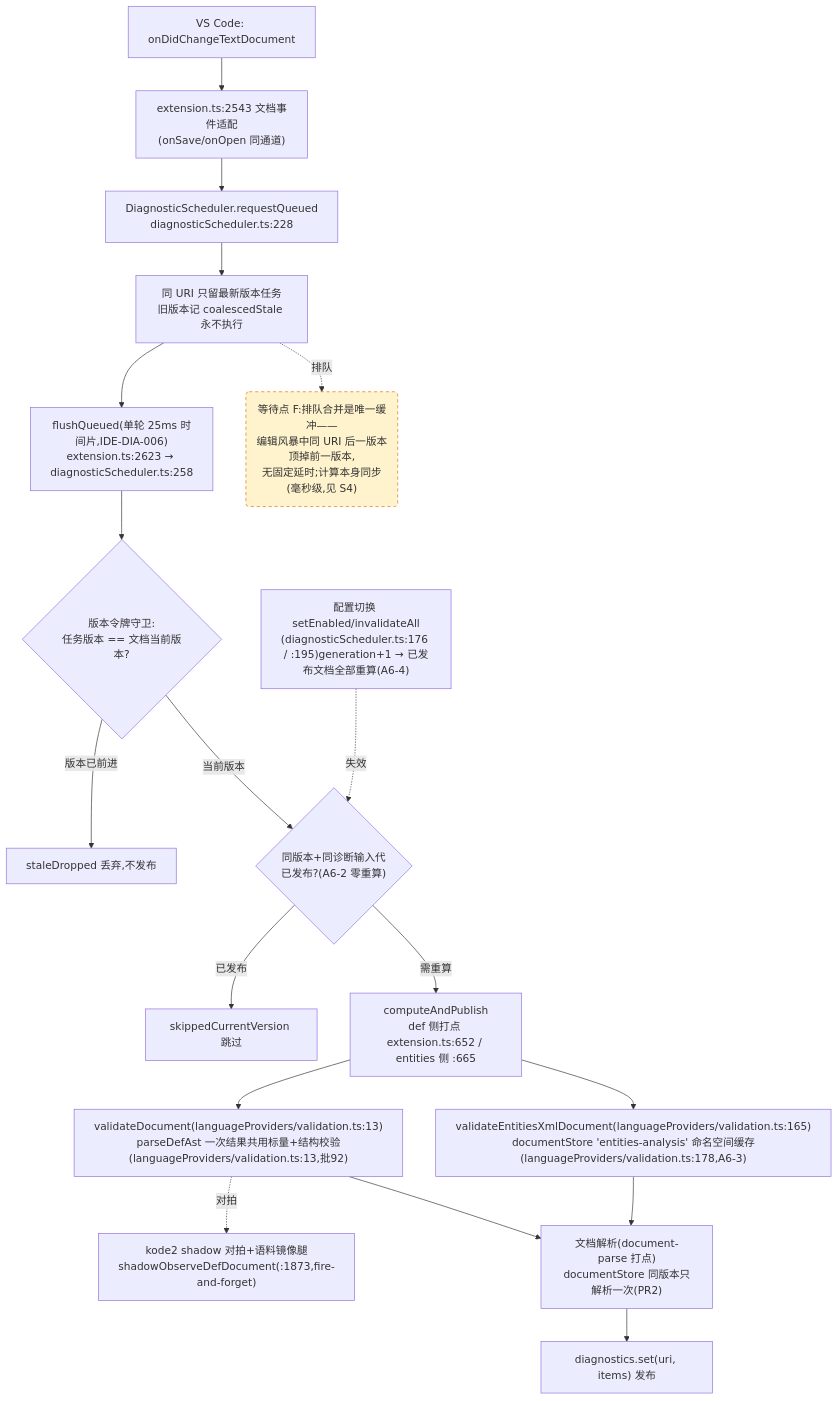
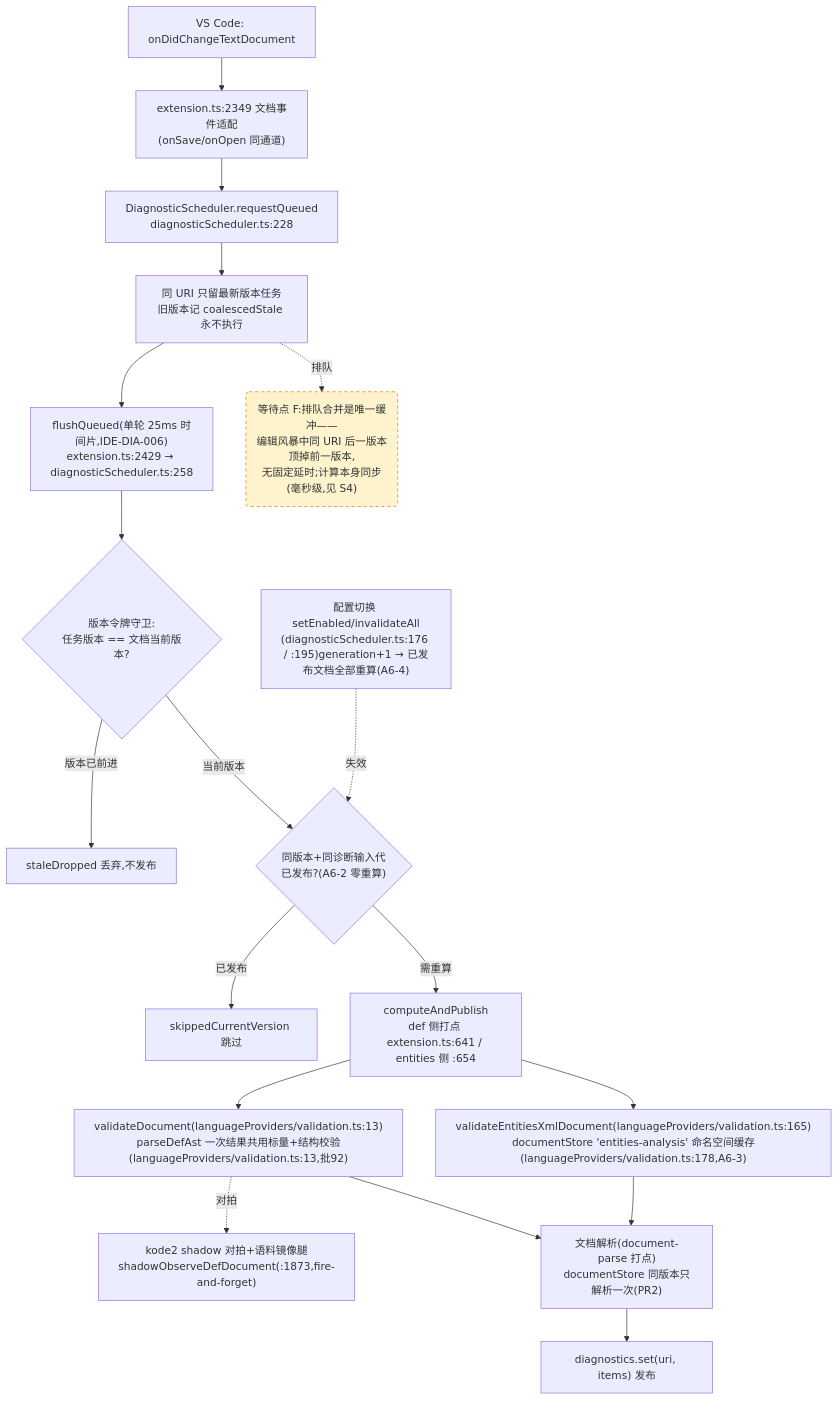
Before and after one commit to cuihairu/kode: the fourth of 4 diagrams in docs/perf/2026-baseline.md, drawn with Mermaid. The commit also changed other lines of this file and 43 other files, not shown here.

````diff
--- a/docs/perf/2026-baseline.md
+++ b/docs/perf/2026-baseline.md
@@ -214,38 +214,38 @@
 ```mermaid
 flowchart TD
   CHG["VS Code: onDidChangeTextDocument"]
-  WATCH["extension.ts:2543 文档事件适配<br/>(onSave/onOpen 同通道)"]
+  WATCH["extension.ts:2349 文档事件适配<br/>(onSave/onOpen 同通道)"]
   RQ["DiagnosticScheduler.requestQueued<br/>diagnosticScheduler.ts:228"]
   CO["同 URI 只留最新版本任务<br/>旧版本记 coalescedStale 永不执行"]
-  FL["flushQueued(单轮 25ms 时间片,IDE-DIA-006)<br/>extension.ts:2623 → diagnosticScheduler.ts:258"]
+  FL["flushQueued(单轮 25ms 时间片,IDE-DIA-006)<br/>extension.ts:2429 → diagnosticScheduler.ts:258"]
   VG{"版本令牌守卫:<br/>任务版本 == 文档当前版本?"}
   DROP["staleDropped 丢弃,不发布"]
   GEN{"同版本+同诊断输入代<br/>已发布?(A6-2 零重算)"}
   SKIP["skippedCurrentVersion 跳过"]
-  CALC["computeAndPublish<br/>def 侧打点 extension.ts:652 / entities 侧 :665"]
+  CALC["computeAndPublish<br/>def 侧打点 extension.ts:641 / entities 侧 :654"]
   VD["validateDocument(languageProviders/validation.ts:13)<br/>parseDefAst 一次结果共用标量+结构校验(languageProviders/validation.ts:13,批92)"]
   VEX["validateEntitiesXmlDocument(languageProviders/validation.ts:165)<br/>documentStore 'entities-analysis' 命名空间缓存(languageProviders/validation.ts:178,A6-3)"]
   SHDD["kode2 shadow 对拍+语料镜像腿<br/>shadowObserveDefDocument(:1873,fire-and-forget)"]
   DS["文档解析(document-parse 打点)<br/>documentStore 同版本只解析一次(PR2)"]
   PUB["diagnostics.set(uri, items) 发布"]
   CFG2["配置切换 setEnabled/invalidateAll<br/>(diagnosticScheduler.ts:176 / :195)generation+1 → 已发布文档全部重算(A6-4)"]
 
   CHG --> WATCH --> RQ --> CO --> FL --> VG
   VG -- "版本已前进" --> DROP
   VG -- "当前版本" --> GEN
   GEN -- "已发布" --> SKIP
   GEN -- "需重算" --> CALC
   CALC --> VD
   CALC --> VEX
   VD --> DS
   VEX --> DS
   DS --> PUB
   VD -.->|对拍| SHDD
   CFG2 -.->|失效| GEN
 
   WAITF("等待点 F:排队合并是唯一缓冲——<br/>编辑风暴中同 URI 后一版本顶掉前一版本,<br/>无固定延时;计算本身同步(毫秒级,见 S4)")
   CO -.->|排队| WAITF
 
   classDef waitPoint fill:#fff3cd,stroke:#d97706,stroke-dasharray:5 4;
   class WAITF waitPoint;
 ```
````
